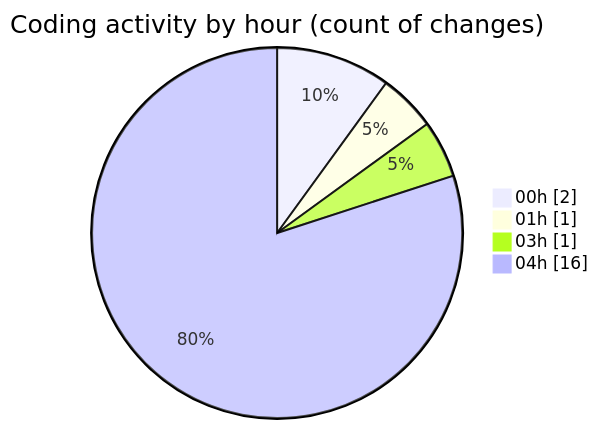
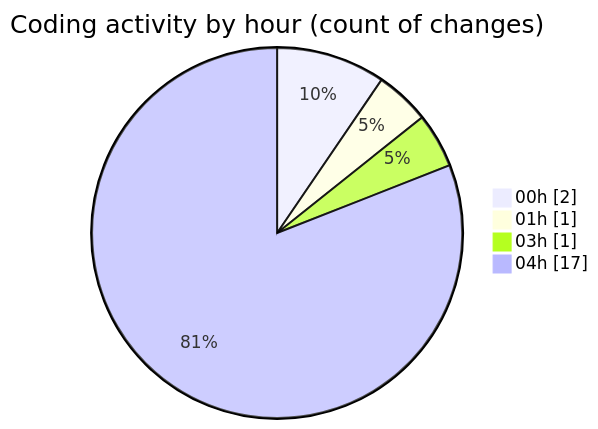
Before and after one commit to julien-gomy/code-tracking: the second of 2 diagrams in 2025-11-14/eventscop-api-guide__workspace_/README.md, drawn with Mermaid. The commit also changed other lines of this file and 1 other file, not shown here.

````diff
--- a/2025-11-14/eventscop-api-guide__workspace_/README.md
+++ b/2025-11-14/eventscop-api-guide__workspace_/README.md
@@ -33,8 +33,8 @@
 ```mermaid
 pie showData
 title Coding activity by hour (count of changes)
 "00h" : 2
 "01h" : 1
 "03h" : 1
-"04h" : 16
+"04h" : 17
 ```
````
